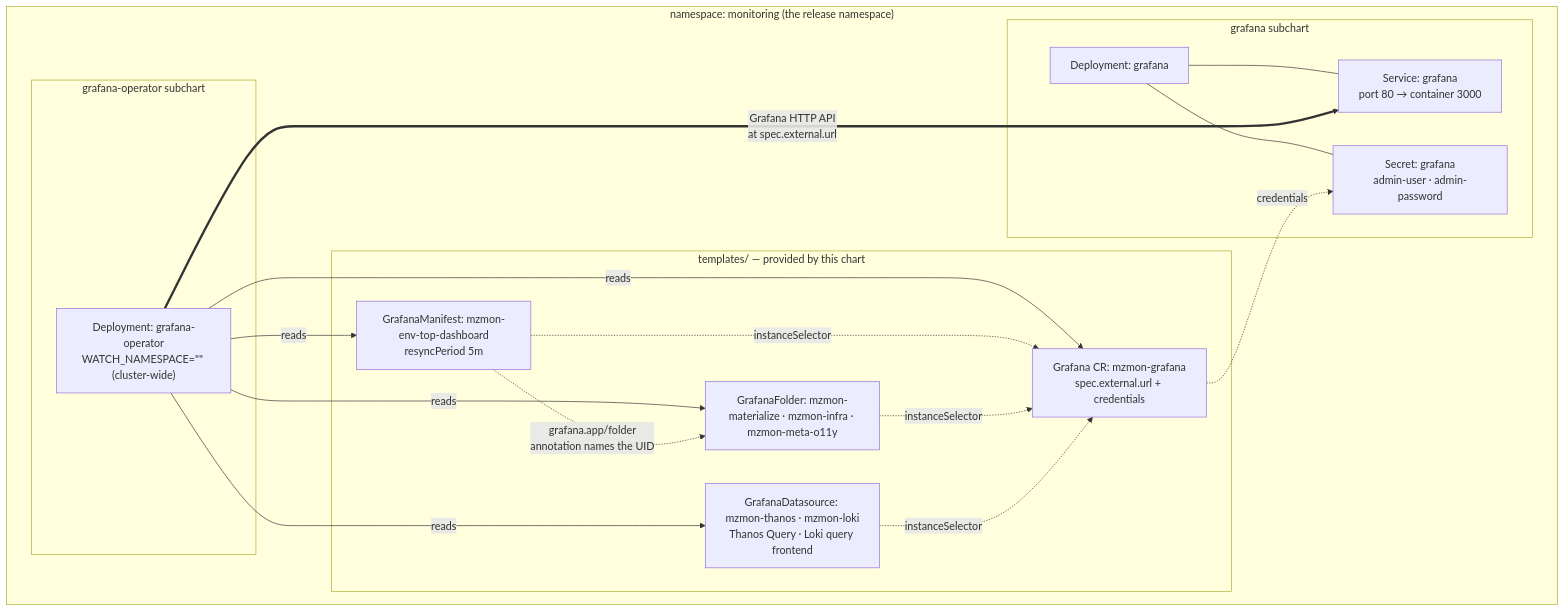
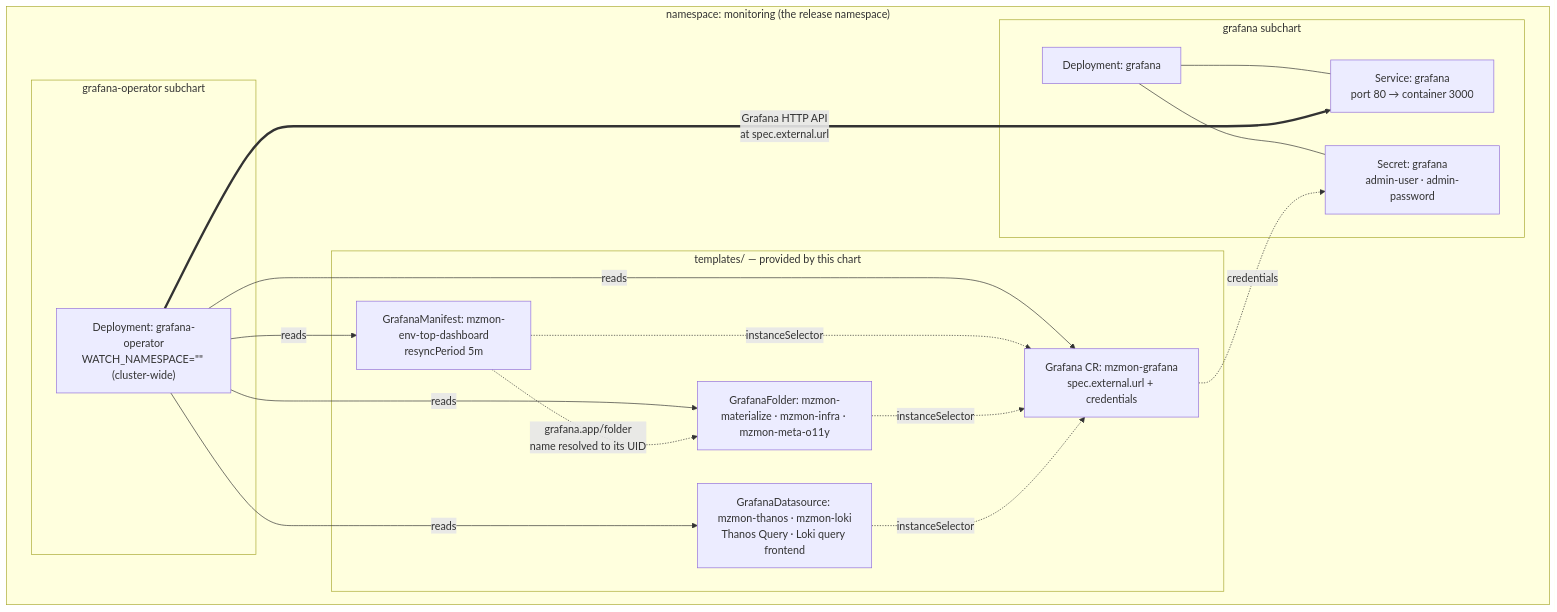
Before and after one commit to MaterializeInc/materialize-monitoring: the diagram in docs/content/dashboards/grafana/architecture.md, drawn with Mermaid. The commit also changed other lines of this file and 22 other files, not shown here.

First line of the commit message:
Resolve dashboard folder UIDs in the chart

````diff
--- a/docs/content/dashboards/grafana/architecture.md
+++ b/docs/content/dashboards/grafana/architecture.md
@@ -139,34 +139,34 @@
 ```mermaid
 flowchart TB
   subgraph ns["namespace: monitoring (the release namespace)"]
     subgraph chart_grafana["grafana subchart"]
       gdep["Deployment: grafana"]
       gsvc["Service: grafana<br/>port 80 → container 3000"]
       gsec["Secret: grafana<br/>admin-user · admin-password"]
       gdep --- gsvc
       gdep --- gsec
     end
 
     subgraph chart_op["grafana-operator subchart"]
       opdep["Deployment: grafana-operator<br/>WATCH_NAMESPACE=&quot;&quot; (cluster-wide)"]
     end
 
     subgraph provided["templates/ — provided by this chart"]
       gcr["Grafana CR: mzmon-grafana<br/>spec.external.url + credentials"]
       gman["GrafanaManifest: mzmon-env-top-dashboard<br/>resyncPeriod 5m"]
       gfld["GrafanaFolder: mzmon-materialize · mzmon-infra · mzmon-meta-o11y"]
       gds["GrafanaDatasource: mzmon-thanos · mzmon-loki<br/>Thanos Query · Loki query frontend"]
     end
   end
 
   opdep -->|"reads"| gcr
   opdep -->|"reads"| gman
   opdep -->|"reads"| gfld
   opdep -->|"reads"| gds
-  gman -.->|"grafana.app/folder<br/>annotation names the UID"| gfld
+  gman -.->|"grafana.app/folder<br/>name resolved to its UID"| gfld
   gman -.->|"instanceSelector"| gcr
   gfld -.->|"instanceSelector"| gcr
   gds -.->|"instanceSelector"| gcr
   opdep ==>|"Grafana HTTP API<br/>at spec.external.url"| gsvc
   gcr -.->|"credentials"| gsec
 ```
````
